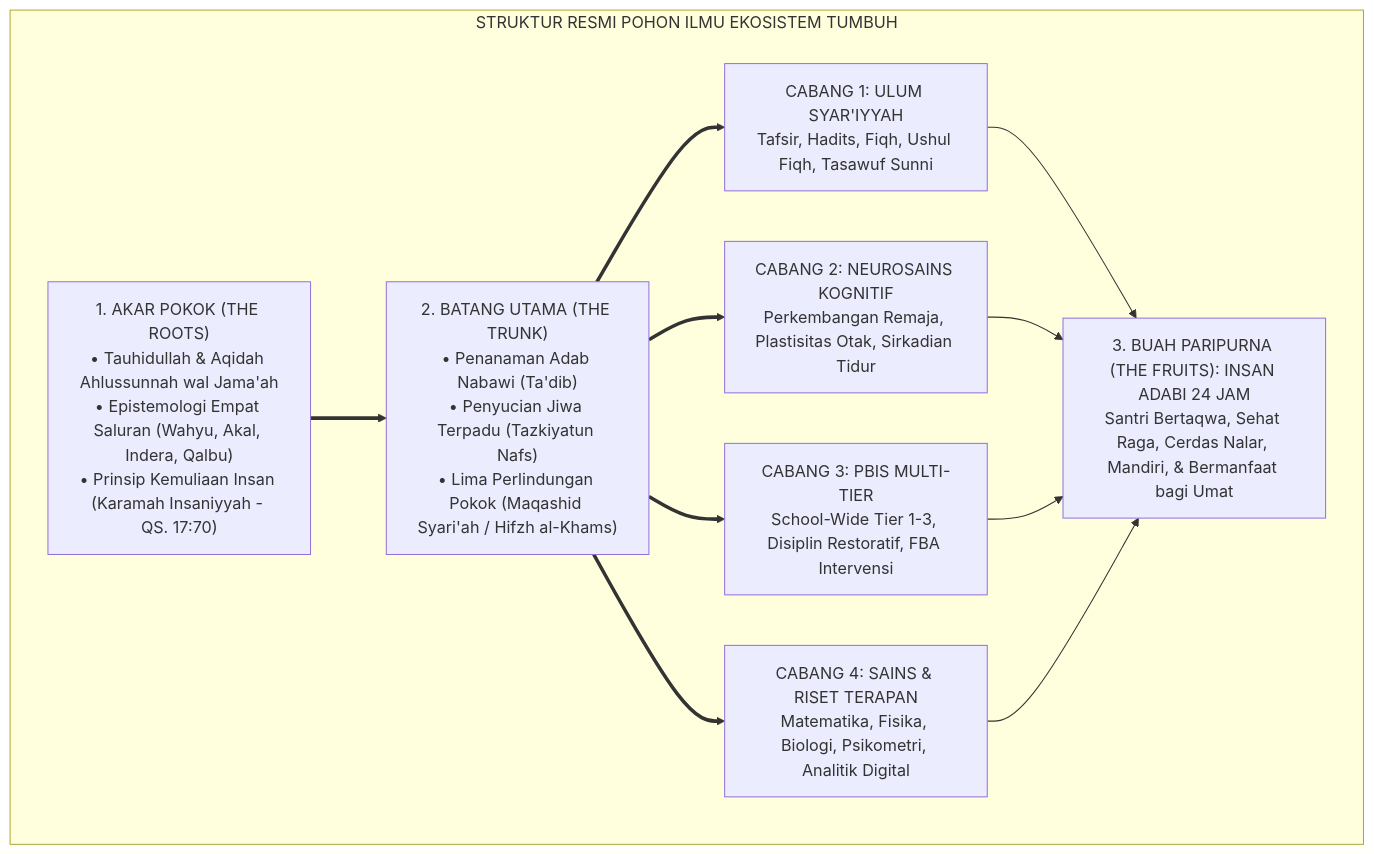
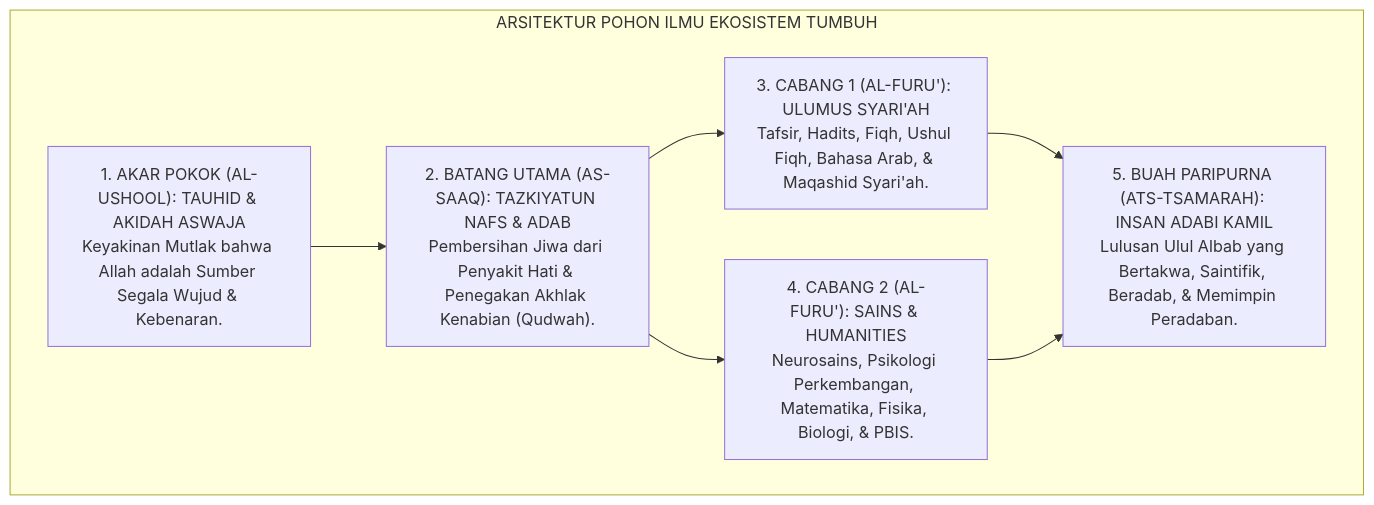
One commit to wandiapriliyandi/tumbuh changed the second of 5 diagrams in 01 Philosophy/01 Worldview/02 Epistemologi TUMBUH/P1-01-02-04-Integrasi-Pengetahuan.md. Above: the diagram before and after it, drawn with Mermaid. The commit also changed other lines of this file and 9 other files, not shown here.

Commit message:
docs(epistemology & human-nature): reconstruct all 02 Epistemologi TUMBUH, master P1-01 Worldview, and P1-02-01 Hakikat Fitrah to pure academic monograph standard

````diff
--- a/01 Philosophy/01 Worldview/02 Epistemologi TUMBUH/P1-01-02-04-Integrasi-Pengetahuan.md
+++ b/01 Philosophy/01 Worldview/02 Epistemologi TUMBUH/P1-01-02-04-Integrasi-Pengetahuan.md
@@ -388,26 +116,21 @@
 ```mermaid
-graph TD
-    subgraph PohonIlmuTUMBUH["STRUKTUR RESMI POHON ILMU EKOSISTEM TUMBUH"]
-        Akar["1. AKAR POKOK (THE ROOTS)<br/>• Tauhidullah & Aqidah Ahlussunnah wal Jama'ah<br/>• Epistemologi Empat Saluran (Wahyu, Akal, Indera, Qalbu)<br/>• Prinsip Kemuliaan Insan (Karamah Insaniyyah - QS. 17:70)"]
+flowchart TD
+    subgraph PohonIlmuTUMBUH["ARSITEKTUR POHON ILMU EKOSISTEM TUMBUH"]
         
-        Batang["2. BATANG UTAMA (THE TRUNK)<br/>• Penanaman Adab Nabawi (Ta'dib)<br/>• Penyucian Jiwa Terpadu (Tazkiyatun Nafs)<br/>• Lima Perlindungan Pokok (Maqashid Syari'ah / Hifzh al-Khams)"]
+        Akar["1. AKAR POKOK (AL-USHOOL): TAUHID & AKIDAH ASWAJA<br/>Keyakinan Mutlak bahwa Allah adalah Sumber Segala Wujud & Kebenaran."]
         
-        Cabang1["CABANG 1: ULUM SYAR'IYYAH<br/>Tafsir, Hadits, Fiqh, Ushul Fiqh, Tasawuf Sunni"]
-        Cabang2["CABANG 2: NEUROSAINS KOGNITIF<br/>Perkembangan Remaja, Plastisitas Otak, Sirkadian Tidur"]
-        Cabang3["CABANG 3: PBIS MULTI-TIER<br/>School-Wide Tier 1-3, Disiplin Restoratif, FBA Intervensi"]
-        Cabang4["CABANG 4: SAINS & RISET TERAPAN<br/>Matematika, Fisika, Biologi, Psikometri, Analitik Digital"]
+        Batang["2. BATANG UTAMA (AS-SAAQ): TAZKIYATUN NAFS & ADAB<br/>Pembersihan Jiwa dari Penyakit Hati & Penegakan Akhlak Kenabian (Qudwah)."]
         
-        Buah["3. BUAH PARIPURNA (THE FRUITS): INSAN ADABI 24 JAM<br/>Santri Bertaqwa, Sehat Raga, Cerdas Nalar, Mandiri, & Bermanfaat bagi Umat"]
+        CabangSyariat["3. CABANG 1 (AL-FURU'): ULUMUS SYARI'AH<br/>Tafsir, Hadits, Fiqh, Ushul Fiqh, Bahasa Arab, & Maqashid Syari'ah."]
         
-        Akar ==> Batang
-        Batang ==> Cabang1
-        Batang ==> Cabang2
-        Batang ==> Cabang3
-        Batang ==> Cabang4
+        CabangSains["4. CABANG 2 (AL-FURU'): SAINS & HUMANITIES<br/>Neurosains, Psikologi Perkembangan, Matematika, Fisika, Biologi, & PBIS."]
         
-        Cabang1 --> Buah
-        Cabang2 --> Buah
-        Cabang3 --> Buah
-        Cabang4 --> Buah
+        Buah["5. BUAH PARIPURNA (ATS-TSAMARAH): INSAN ADABI KAMIL<br/>Lulusan Ulul Albab yang Bertakwa, Saintifik, Beradab, & Memimpin Peradaban."]
+        
+        Akar --> Batang
+        Batang --> CabangSyariat
+        Batang --> CabangSains
+        CabangSyariat --> Buah
+        CabangSains --> Buah
     end
 ```
````
